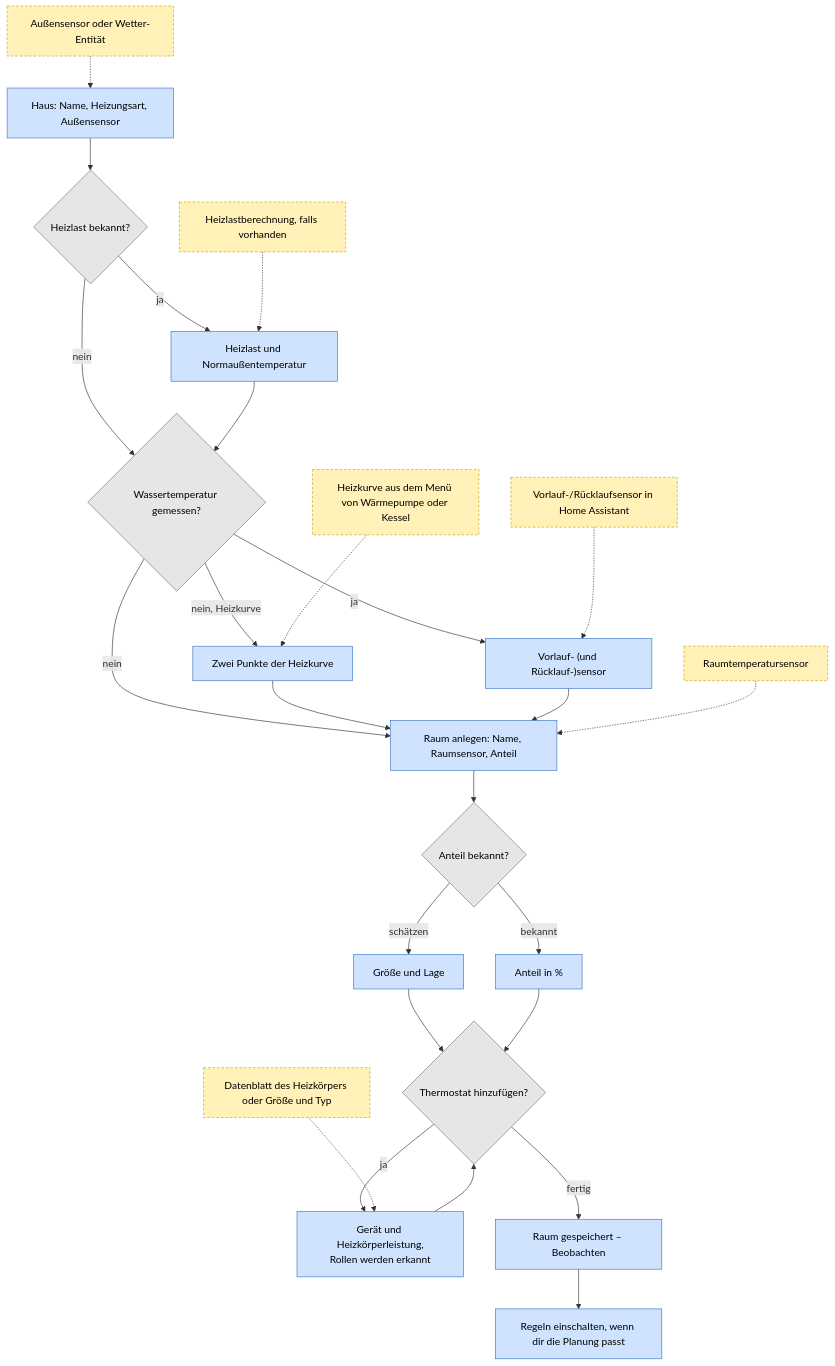
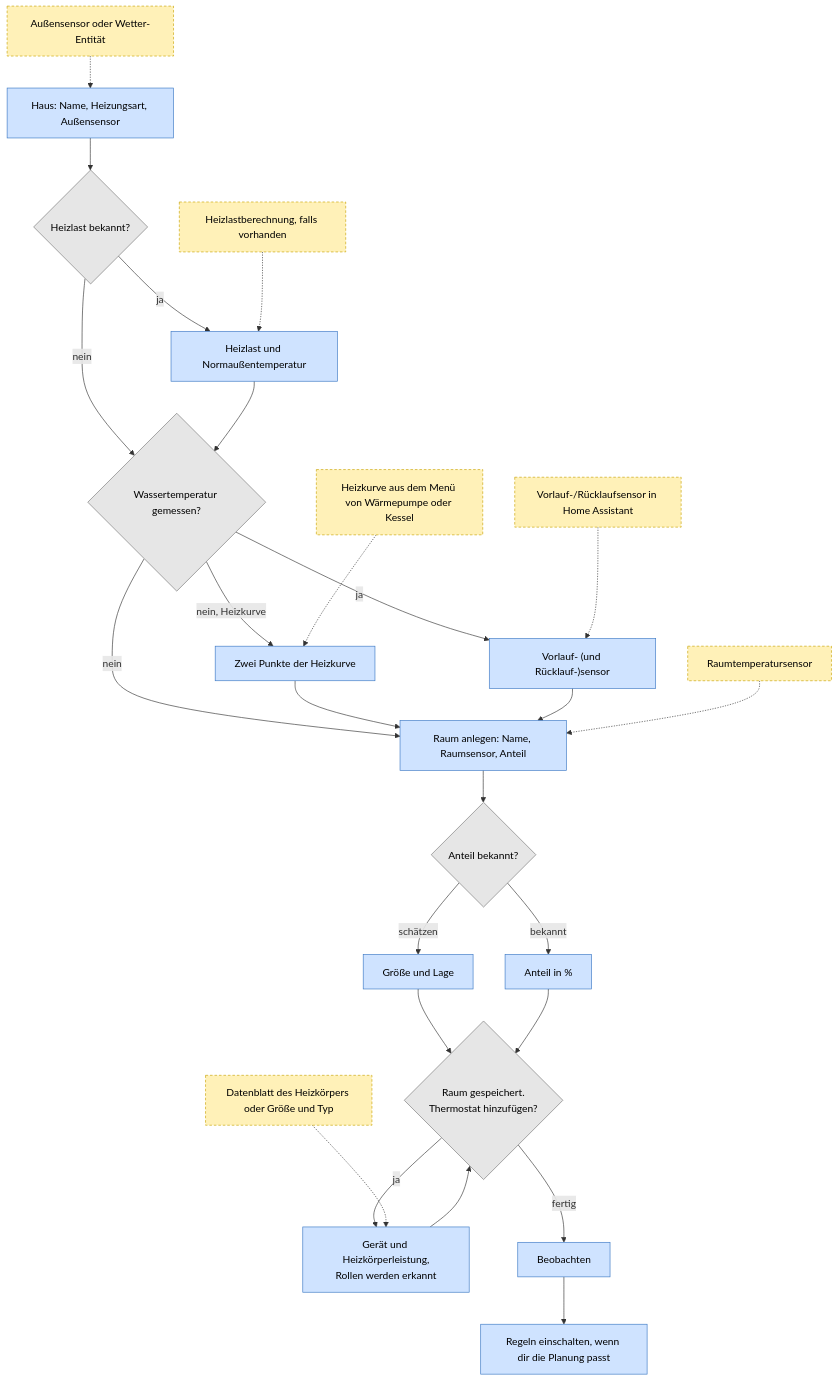
One commit to mschmiedel/thermogeist changed the diagram in docs/de/getting-started.md. Above: the diagram before and after it, drawn with Mermaid. The commit also changed 30 other files, not shown here.

````diff
--- a/docs/de/getting-started.md
+++ b/docs/de/getting-started.md
@@ -34,35 +34,35 @@
 ```mermaid
 flowchart TD
     A["Haus: Name, Heizungsart, Außensensor"] --> B{"Heizlast bekannt?"}
     B -- "ja" --> C["Heizlast und Normaußentemperatur"]
     B -- "nein" --> D
     C --> D{"Wassertemperatur gemessen?"}
     D -- "ja" --> E["Vorlauf- (und Rücklauf-)sensor"]
     D -- "nein" --> F
     D -- "nein, Heizkurve" --> E2["Zwei Punkte der Heizkurve"]
     E2 --> F
     E --> F["Raum anlegen: Name, Raumsensor, Anteil"]
     F --> G{"Anteil bekannt?"}
     G -- "schätzen" --> H["Größe und Lage"]
     G -- "bekannt" --> I["Anteil in %"]
-    H --> J{"Thermostat hinzufügen?"}
+    H --> J{"Raum gespeichert.<br/>Thermostat hinzufügen?"}
     I --> J
     J -- "ja" --> K["Gerät und Heizkörperleistung,<br/>Rollen werden erkannt"]
     K --> J
-    J -- "fertig" --> L["Raum gespeichert – Beobachten"]
+    J -- "fertig" --> L["Beobachten"]
     L --> M["Regeln einschalten, wenn dir die Planung passt"]
 
     P1["Außensensor oder Wetter-Entität"] -.-> A
     P2["Heizlastberechnung, falls vorhanden"] -.-> C
     P3["Vorlauf-/Rücklaufsensor in Home Assistant"] -.-> E
     P6["Heizkurve aus dem Menü von Wärmepumpe oder Kessel"] -.-> E2
     P4["Raumtemperatursensor"] -.-> F
     P5["Datenblatt des Heizkörpers oder Größe und Typ"] -.-> K
 
     classDef step fill:#cfe3ff,stroke:#3b78c4,color:#000
     classDef ask fill:#e6e6e6,stroke:#777,color:#000
     classDef prep fill:#fff1b8,stroke:#c9a200,color:#000,stroke-dasharray: 4 3
     class A,C,E,E2,F,H,I,K,L,M step
     class B,D,G,J ask
     class P1,P2,P3,P4,P5,P6 prep
 ```
````
